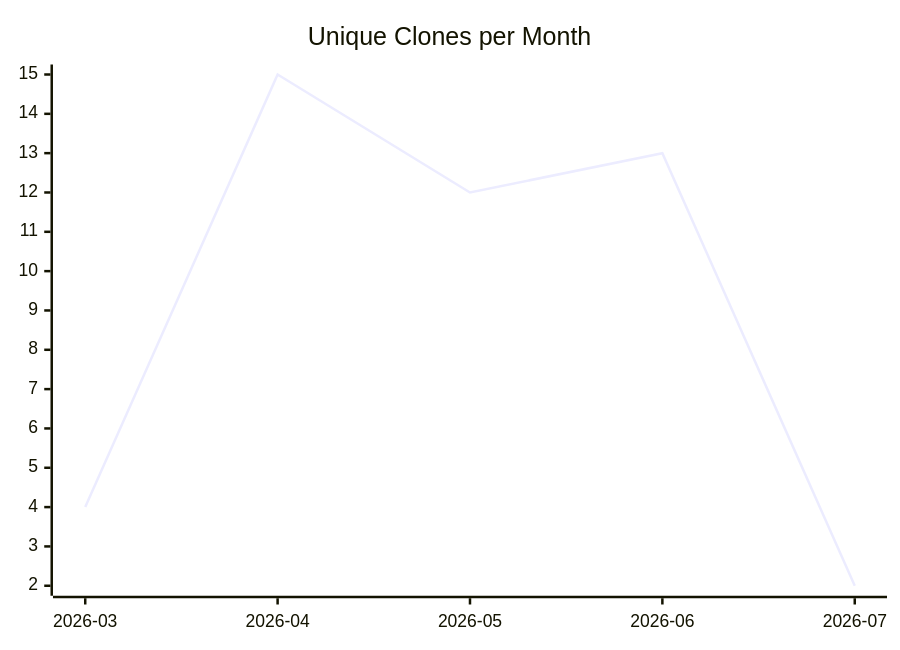
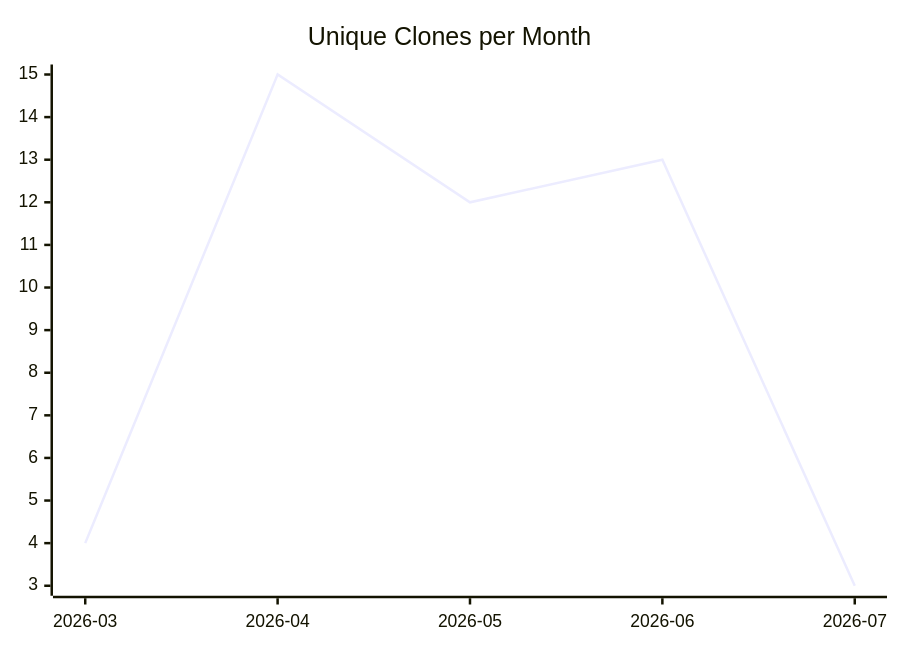
The third of 3 diagrams in karlmdavis/ansible-role-bind-dns/README.md (justdavis-family/github-analytics-data), drawn with Mermaid before and after one commit. The commit also changed other lines of this file and 180 other files, not shown here.

````diff
--- a/karlmdavis/ansible-role-bind-dns/README.md
+++ b/karlmdavis/ansible-role-bind-dns/README.md
@@ -19,6 +19,6 @@
 ```mermaid
 xychart-beta
   title "Unique Clones per Month"
   x-axis ["2026-03", "2026-04", "2026-05", "2026-06", "2026-07"]
-  line [4, 15, 12, 13, 2]
+  line [4, 15, 12, 13, 3]
 ```
````
